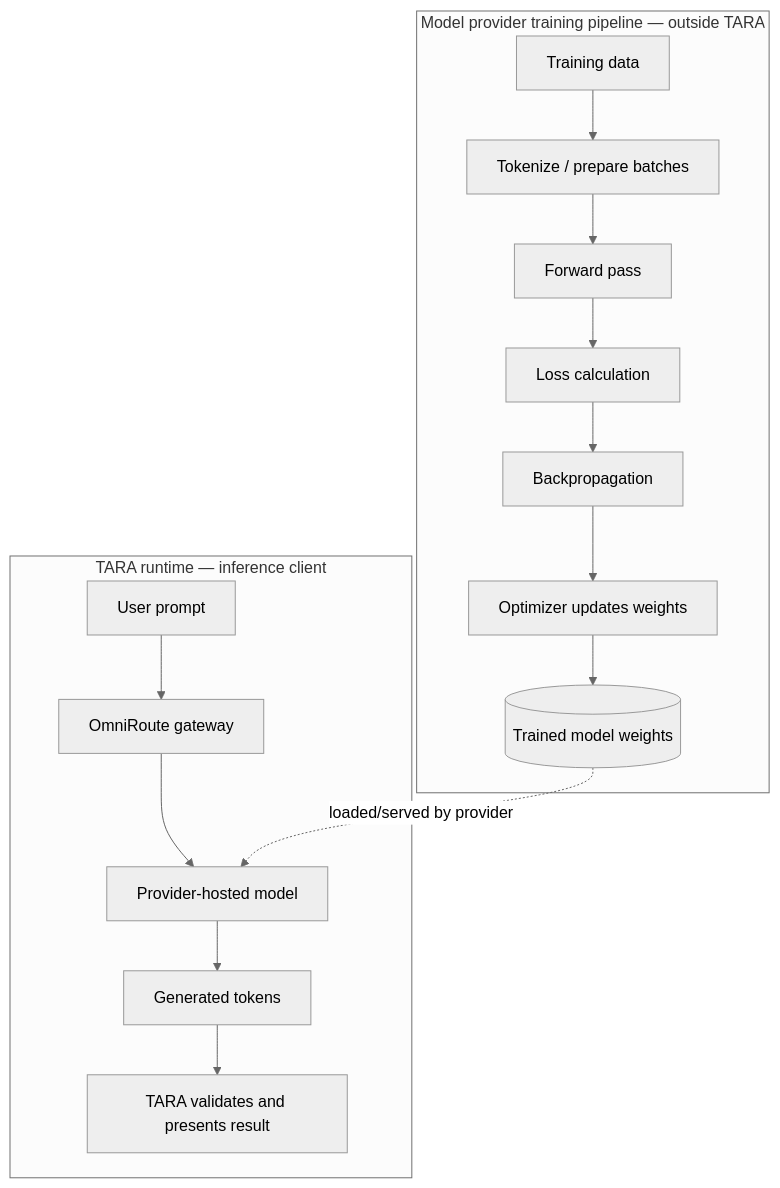
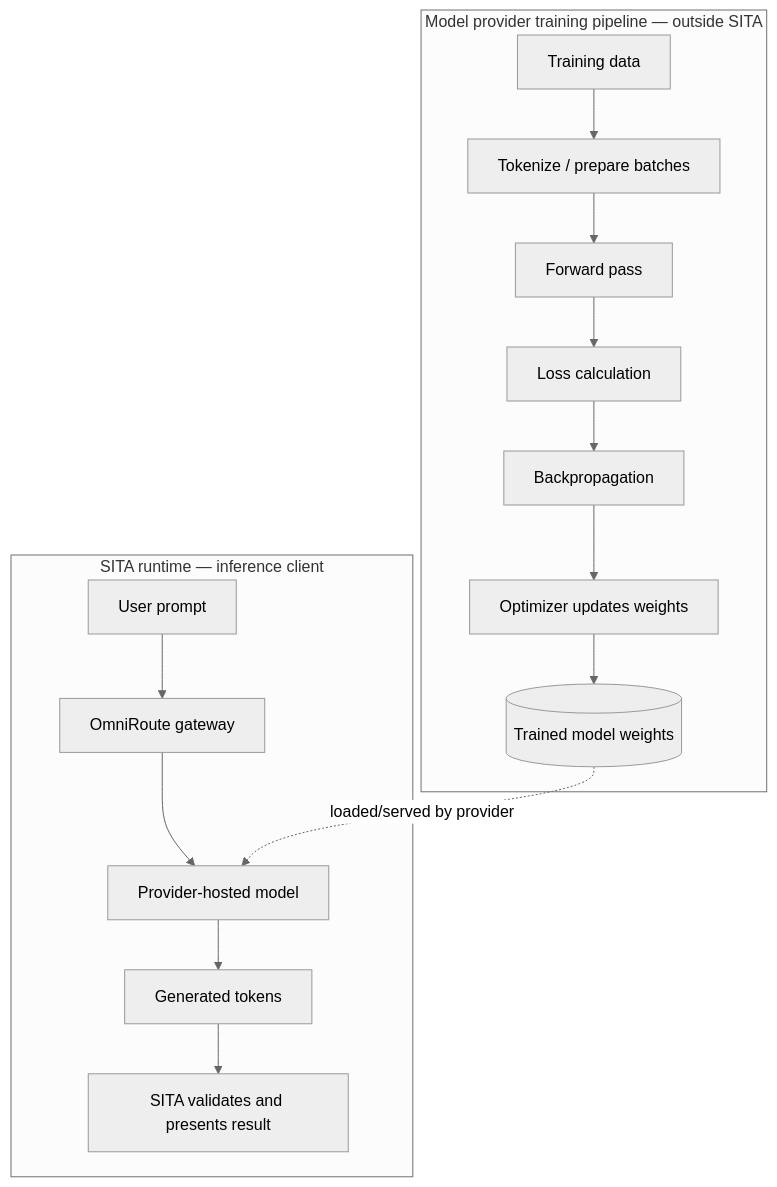
Before and after one commit to deathkernel/TARA-App: diagram 14 of 20 in docs/FEATURE_AND_NEURAL_NETWORK_DIAGRAMS.md, drawn with Mermaid (neutral theme). The commit also changed other lines of this file and 96 other files, not shown here.

Commit message:
feat(branding): rebrand TARA product as SITA

````diff
--- a/docs/FEATURE_AND_NEURAL_NETWORK_DIAGRAMS.md
+++ b/docs/FEATURE_AND_NEURAL_NETWORK_DIAGRAMS.md
@@ -298,18 +298,18 @@
 ```mermaid
 flowchart TB
-  subgraph Training[Model provider training pipeline — outside TARA]
+  subgraph Training[Model provider training pipeline — outside SITA]
     Data[Training data] --> Prep[Tokenize / prepare batches]
     Prep --> Forward[Forward pass]
     Forward --> Loss[Loss calculation]
     Loss --> Backprop[Backpropagation]
     Backprop --> Optimizer[Optimizer updates weights]
     Optimizer --> Weights[(Trained model weights)]
   end
-  subgraph TARA[TARA runtime — inference client]
+  subgraph SITA[SITA runtime — inference client]
     Prompt[User prompt] --> Gateway[OmniRoute gateway]
     Gateway --> Model[Provider-hosted model]
     Model --> Answer[Generated tokens]
-    Answer --> App[TARA validates and presents result]
+    Answer --> App[SITA validates and presents result]
   end
   Weights -. loaded/served by provider .-> Model
 ```
````
